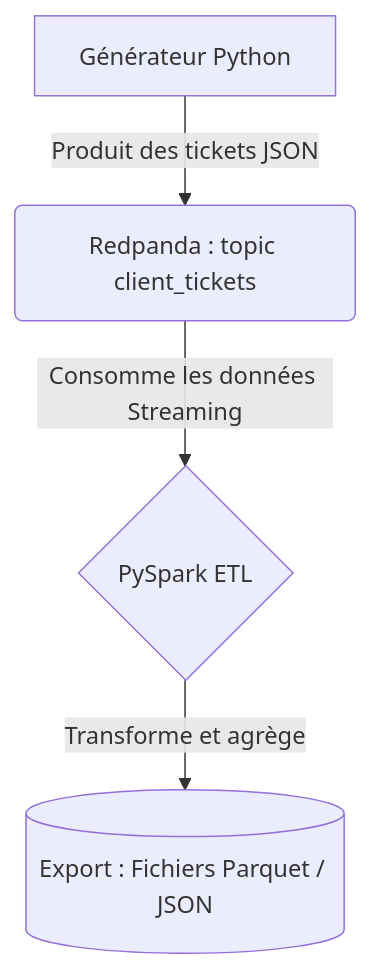
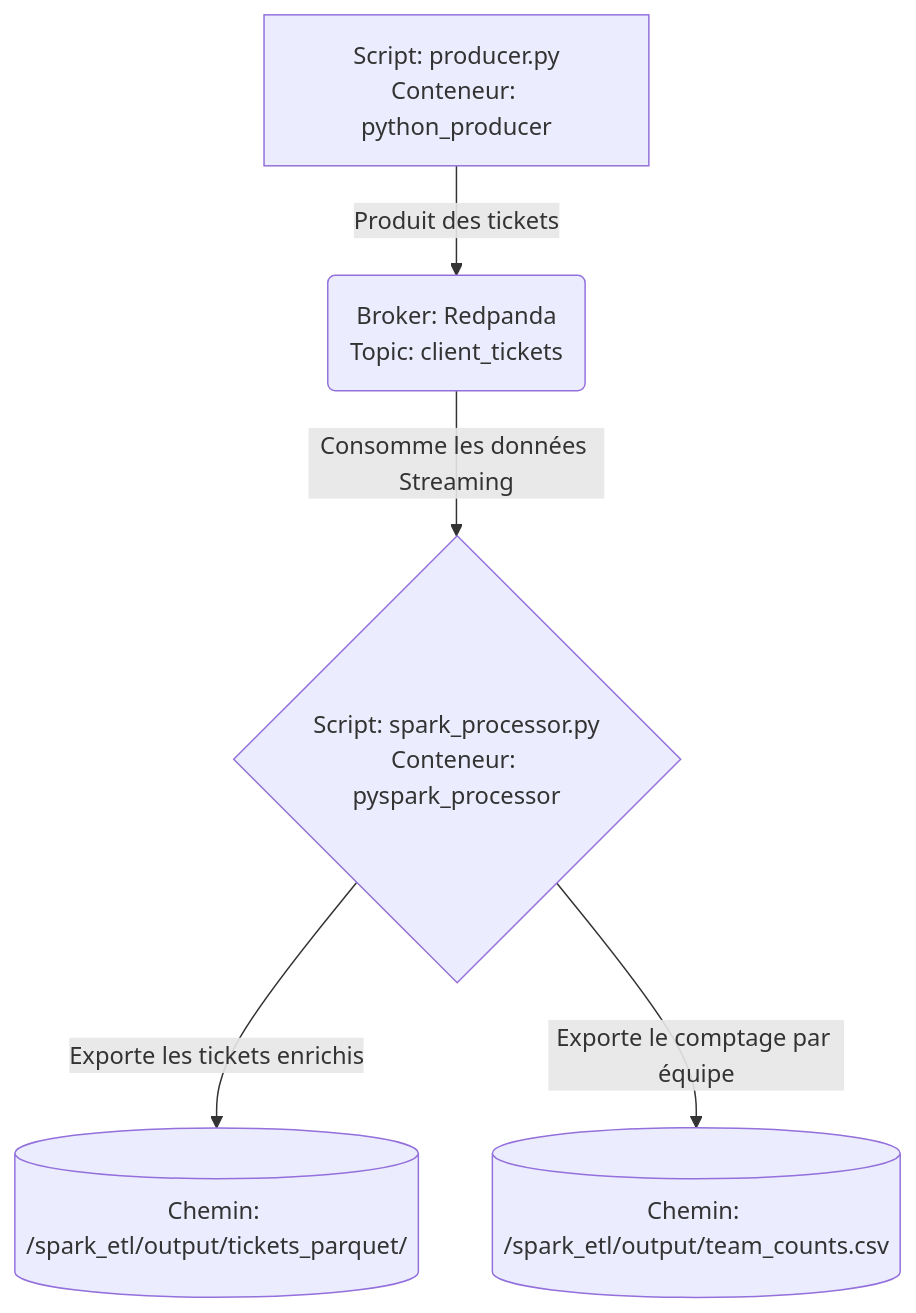
The diagram in Readme.md (mahmoudaminfr-dotcom/OC-Projet-9-Streaming), drawn with Mermaid before and after one commit. The commit also changed other lines of this file and 6 other files, not shown here.

````diff
--- a/Readme.md
+++ b/Readme.md
@@ -12,6 +16,7 @@
 ```mermaid
-    graph TD
-A[Générateur Python] -->|Produit des tickets JSON| B(Redpanda : topic client_tickets)
-B -->|Consomme les données Streaming| C{PySpark ETL}
-C -->|Transforme et agrège| D[(Export : Fichiers Parquet / JSON)]
+graph TD
+A[Script: producer.py<br>Conteneur: python_producer] -->|Produit des tickets| B(Broker: Redpanda<br>Topic: client_tickets)
+B -->|Consomme les données Streaming| C{Script: spark_processor.py<br>Conteneur: pyspark_processor}
+C -->|Exporte les tickets enrichis| D[(Chemin: /spark_etl/output/tickets_parquet/)]
+C -->|Exporte le comptage par équipe| E[(Chemin: /spark_etl/output/team_counts.csv)]
 ```
````
